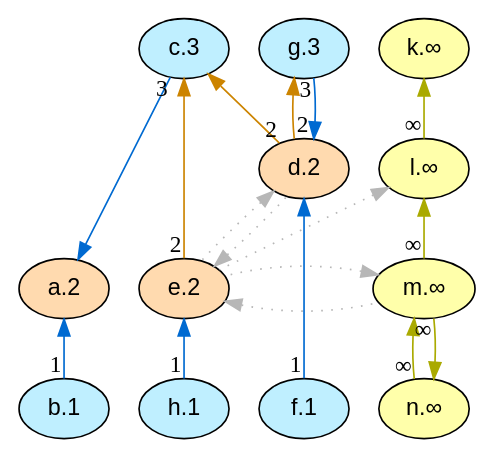
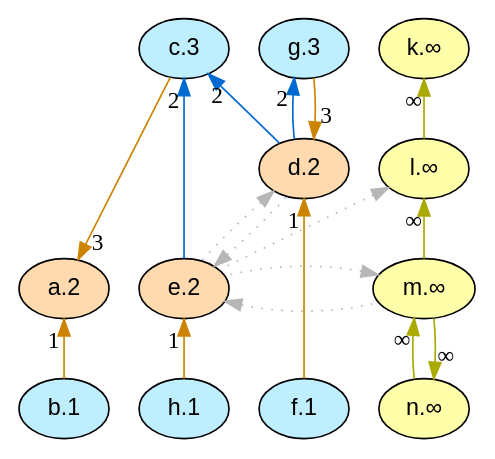
The diagram in lib/graphs/arg_graph_colored.dot (idaks/Games-and-Argumentation), drawn with Graphviz before and after one commit. The commit also changed 18 other files, not shown here.

```diff
--- a/lib/graphs/arg_graph_colored.dot
+++ b/lib/graphs/arg_graph_colored.dot
@@ -1,44 +1,44 @@
 digraph G {
   rankdir="TB"
   node [shape=oval style=filled fontname=Helvetica fontsize=14]
   node [fillcolor="#ffdaaf" fontcolor="#000000"] 
        a[label="a.2"] 
        d[label="d.2"] 
        e[label="e.2"]
   node [fillcolor="#bfefff" fontcolor="#000000"] 
        c[label="c.3"] 
        b[label="b.1"] 
        f[label="f.1"] 
        g[label="g.3"] 
        h[label="h.1"]
   node [fillcolor="#FFFFAA" fontcolor="#000000"] 
        k[label="k.∞"] 
        l[label="l.∞"] 
        m[label="m.∞"] 
        n[label="n.∞"]
-  edge [dir=back color="#006ad1" style="solid" headlabel="3"]
+  edge [dir=back color="#cc8400" style="solid" taillabel="3" labeldistance=1.5]
         "a" -> "c" 
         "d" -> "g" 
-  edge [dir=back color="#006ad1" style="solid" headlabel="1"]
+  edge [dir=back color="#cc8400" style="solid" taillabel="1" labeldistance=1.5]
         "a" -> "b" 
         "d" -> "f" 
         "e" -> "h" 
-  edge [dir=back color="#AAAA00" style="solid" headlabel="∞"]
+  edge [dir=back color="#AAAA00" style="solid" taillabel="∞" labeldistance=1.5]
         "k" -> "l" 
         "l" -> "m" 
         "m" -> "n" 
         "n" -> "m" 
-  edge [dir=back color="#cc8400" style="solid" headlabel="2"]
+  edge [dir=back color="#006ad1" style="solid" taillabel="2" labeldistance=1.5]
         "c" -> "d" 
         "c" -> "e" 
         "g" -> "d" 
-  edge [dir=back color="#b7b7b7" style="dotted" constraint=false headlabel=" "]
+  edge [dir=back color="#b7b7b7" style="dotted" constraint=false taillabel=" " labeldistance=1.5]
         "l" -> "e" 
         "d" -> "e" 
         "e" -> "d" 
         "e" -> "m" 
         "m" -> "e" 
 
   {rank = max b f h}
   {rank = min c g}
 }
```
